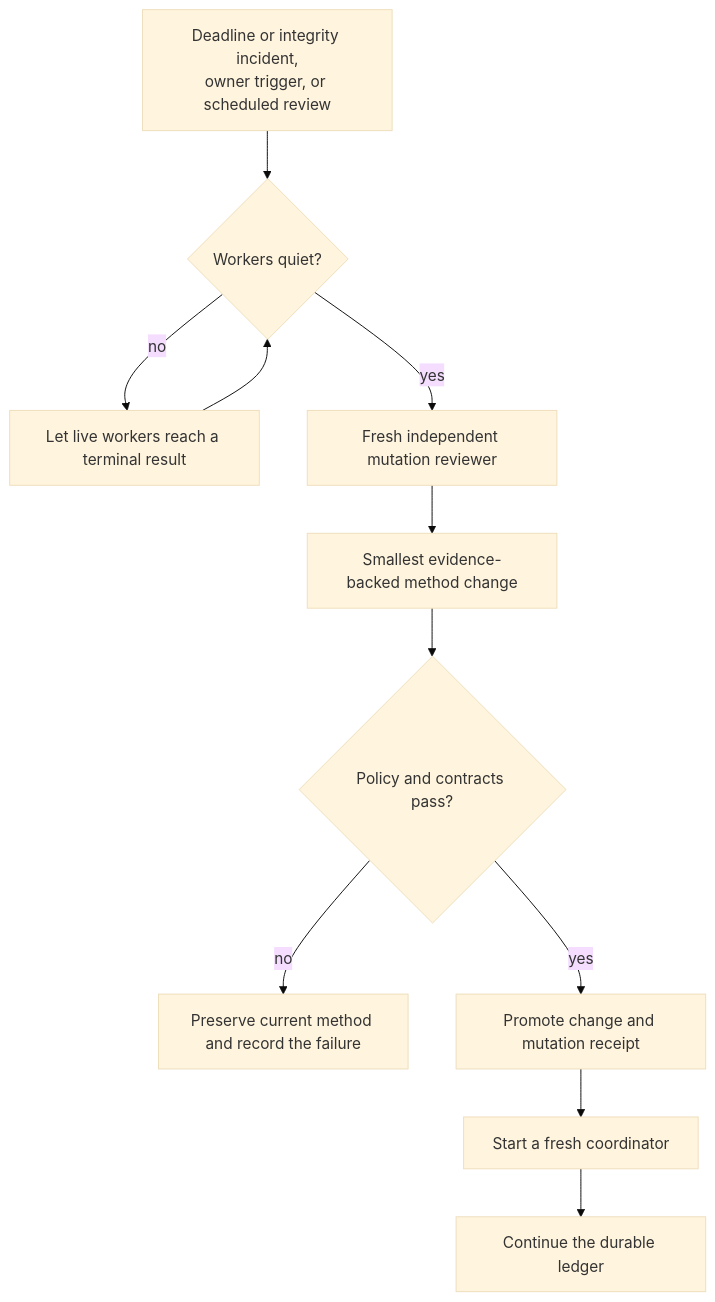
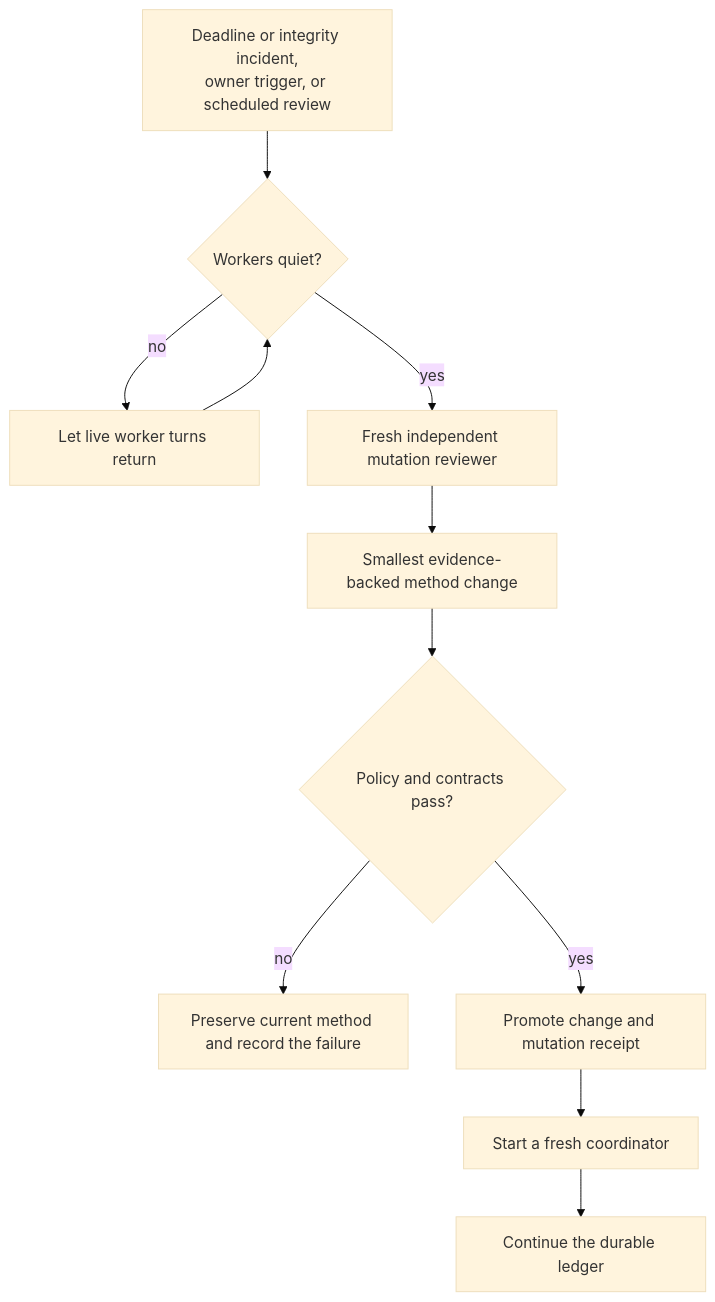
One commit to josihosi/de67 changed the third of 3 diagrams in docs/how-de67-works.md. Above: the diagram before and after it, drawn with Mermaid (base theme). The commit also changed other lines of this file and 26 other files, not shown here.

````diff
--- a/docs/how-de67-works.md
+++ b/docs/how-de67-works.md
@@ -53,13 +54,13 @@
 ```mermaid
 flowchart TD
     Signal[Deadline or integrity incident,<br/>owner trigger, or scheduled review] --> Quiet{Workers quiet?}
-    Quiet -->|no| Finish[Let live workers reach a terminal result]
+    Quiet -->|no| Finish[Let live worker turns return]
     Finish --> Quiet
     Quiet -->|yes| Review[Fresh independent mutation reviewer]
     Review --> Candidate[Smallest evidence-backed method change]
     Candidate --> Guard{Policy and contracts pass?}
     Guard -->|no| Preserve[Preserve current method and record the failure]
     Guard -->|yes| Apply[Promote change and mutation receipt]
     Apply --> Fresh[Start a fresh coordinator]
     Fresh --> Continue[Continue the durable ledger]
 ```
````
